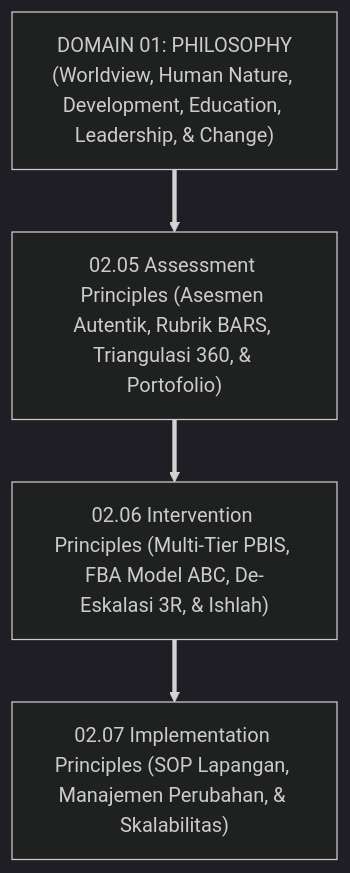
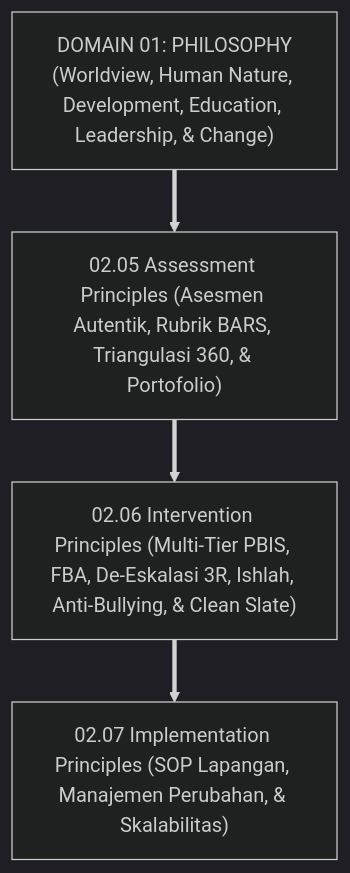
One commit to wandiapriliyandi/tumbuh changed the first of 3 diagrams in 02 Principles/06 Intervention Principles/P2-06-Prinsip-Intervensi-Perilaku-TUMBUH.md. Above: the diagram before and after it, drawn with Mermaid (dark theme). The commit also changed other lines of this file and 32 other files, not shown here.

````diff
--- a/02 Principles/06 Intervention Principles/P2-06-Prinsip-Intervensi-Perilaku-TUMBUH.md
+++ b/02 Principles/06 Intervention Principles/P2-06-Prinsip-Intervensi-Perilaku-TUMBUH.md
@@ -50,9 +50,9 @@
 ```mermaid
 graph TD
     D1["DOMAIN 01: PHILOSOPHY<br/>(Worldview, Human Nature, Development, Education, Leadership, & Change)"]
     ==> D2_05["02.05 Assessment Principles (Asesmen Autentik, Rubrik BARS, Triangulasi 360, & Portofolio)"]
     
-    D2_05 ==> D2_06["02.06 Intervention Principles (Multi-Tier PBIS, FBA Model ABC, De-Eskalasi 3R, & Ishlah)"]
+    D2_05 ==> D2_06["02.06 Intervention Principles (Multi-Tier PBIS, FBA, De-Eskalasi 3R, Ishlah, Anti-Bullying, & Clean Slate)"]
     
     D2_06 ==> D2_07["02.07 Implementation Principles (SOP Lapangan, Manajemen Perubahan, & Skalabilitas)"]
 ```
````
